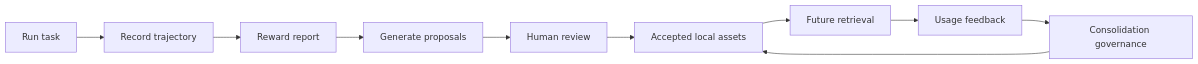
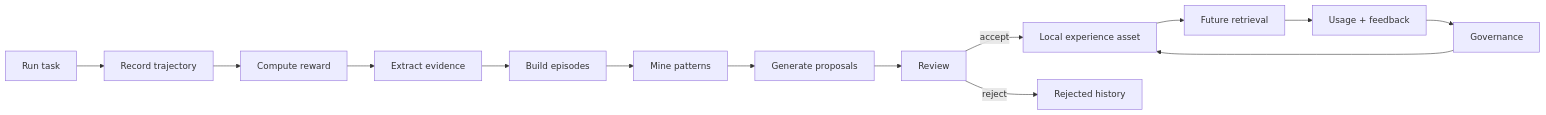
One commit to Praxile-Alpha/Praxile changed the second of 9 diagrams in README.md. Above: the diagram before and after it, drawn with Mermaid. The commit also changed other lines of this file and 5 other files, not shown here.

````diff
--- a/README.md
+++ b/README.md
@@ -13,12 +137,16 @@
 ```mermaid
 flowchart LR
     A["Run task"] --> B["Record trajectory"]
-    B --> C["Reward report"]
-    C --> D["Generate proposals"]
-    D --> E["Human review"]
-    E --> F["Accepted local assets"]
-    F --> G["Future retrieval"]
-    G --> H["Usage feedback"]
-    H --> I["Consolidation governance"]
-    I --> F
+    B --> C["Compute reward"]
+    C --> D["Extract evidence"]
+    D --> E["Build episodes"]
+    E --> F["Mine patterns"]
+    F --> G["Generate proposals"]
+    G --> H["Review"]
+    H -->|accept| I["Local experience asset"]
+    H -->|reject| J["Rejected history"]
+    I --> K["Future retrieval"]
+    K --> L["Usage + feedback"]
+    L --> M["Governance"]
+    M --> I
 ```
````
